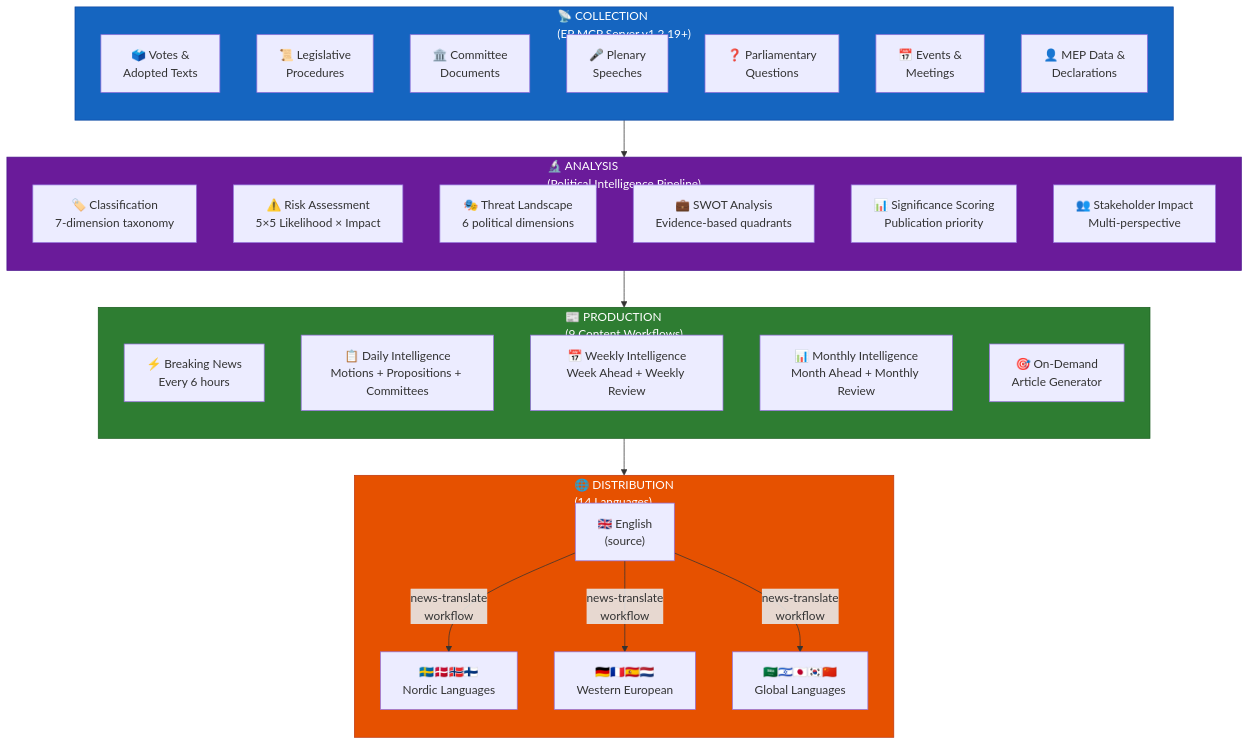
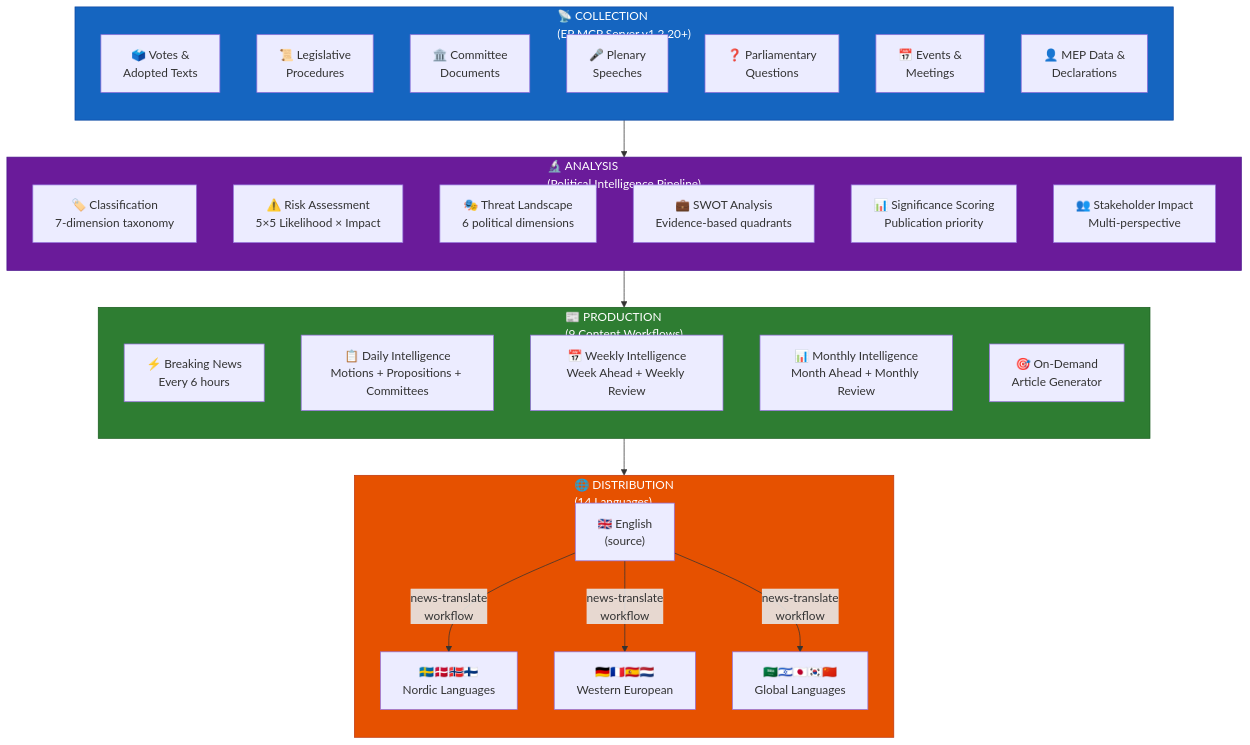
Before and after one commit to Hack23/euparliamentmonitor: diagram 19 of 22 in WORKFLOWS.md, drawn with Mermaid. The commit also changed other lines of this file and 79 other files, not shown here.

First line of the commit message:
chore: update all european-parliament-mcp-server version references from 1.2.19 to 1.2.20

````diff
--- a/WORKFLOWS.md
+++ b/WORKFLOWS.md
@@ -1889,48 +1889,48 @@
 ```mermaid
 flowchart TD
-    subgraph Collection["📡 COLLECTION<br/>(EP MCP Server v1.2.19+)"]
+    subgraph Collection["📡 COLLECTION<br/>(EP MCP Server v1.2.20+)"]
         direction TB
         C1["🗳️ Votes &<br/>Adopted Texts"]
         C2["📜 Legislative<br/>Procedures"]
         C3["🏛️ Committee<br/>Documents"]
         C4["🎤 Plenary<br/>Speeches"]
         C5["❓ Parliamentary<br/>Questions"]
         C6["📅 Events &<br/>Meetings"]
         C7["👤 MEP Data &<br/>Declarations"]
     end
 
     subgraph Analysis["🔬 ANALYSIS<br/>(Political Intelligence Pipeline)"]
         direction TB
         A1["🏷️ Classification<br/>7-dimension taxonomy"]
         A2["⚠️ Risk Assessment<br/>5×5 Likelihood × Impact"]
         A3["🎭 Threat Landscape<br/>6 political dimensions"]
         A4["💼 SWOT Analysis<br/>Evidence-based quadrants"]
         A5["📊 Significance Scoring<br/>Publication priority"]
         A6["👥 Stakeholder Impact<br/>Multi-perspective"]
     end
 
     subgraph Production["📰 PRODUCTION<br/>(9 Content Workflows)"]
         direction TB
         P1["⚡ Breaking News<br/>Every 6 hours"]
         P2["📋 Daily Intelligence<br/>Motions + Propositions + Committees"]
         P3["📅 Weekly Intelligence<br/>Week Ahead + Weekly Review"]
         P4["📊 Monthly Intelligence<br/>Month Ahead + Monthly Review"]
         P5["🎯 On-Demand<br/>Article Generator"]
     end
 
     subgraph Distribution["🌐 DISTRIBUTION<br/>(14 Languages)"]
         direction TB
         D1["🇬🇧 English<br/>(source)"]
         D2["🇸🇪🇩🇰🇳🇴🇫🇮<br/>Nordic Languages"]
         D3["🇩🇪🇫🇷🇪🇸🇳🇱<br/>Western European"]
         D4["🇸🇦🇮🇱🇯🇵🇰🇷🇨🇳<br/>Global Languages"]
     end
 
     Collection --> Analysis --> Production --> D1
     D1 --> |"news-translate<br/>workflow"| D2 & D3 & D4
 
     style Collection fill:#1565C0,stroke:#0D47A1,color:#FFFFFF
     style Analysis fill:#6A1B9A,stroke:#4A148C,color:#FFFFFF
     style Production fill:#2E7D32,stroke:#1B5E20,color:#FFFFFF
     style Distribution fill:#E65100,stroke:#BF360C,color:#FFFFFF
 ```
````
